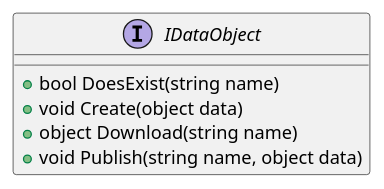
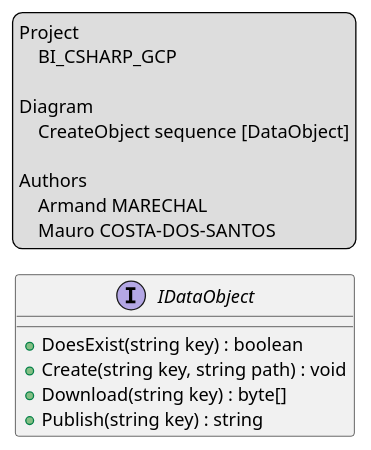
Before and after one commit to CPNV-ES-BI/BI_CSHARP_GCP: the diagram in doc/classes/data_object.puml, drawn with PlantUML.

```diff
--- a/doc/classes/data_object.puml
+++ b/doc/classes/data_object.puml
@@ -1,10 +1,22 @@
 @startuml DataObject
 
+legend top left
+    Project
+        BI_CSHARP_GCP
+
+    Diagram
+        CreateObject sequence [DataObject]
+
+    Authors
+        Armand MARECHAL
+        Mauro COSTA-DOS-SANTOS 
+endlegend
+
 interface IDataObject {
- +bool DoesExist(string name)
- +void Create(object data)
- +object Download(string name)
- +void Publish(string name, object data)
+ +DoesExist(string key) : boolean
+ +Create(string key, string path) : void
+ +Download(string key) : byte[]
+ +Publish(string key) : string
 }
 
 @enduml
```
